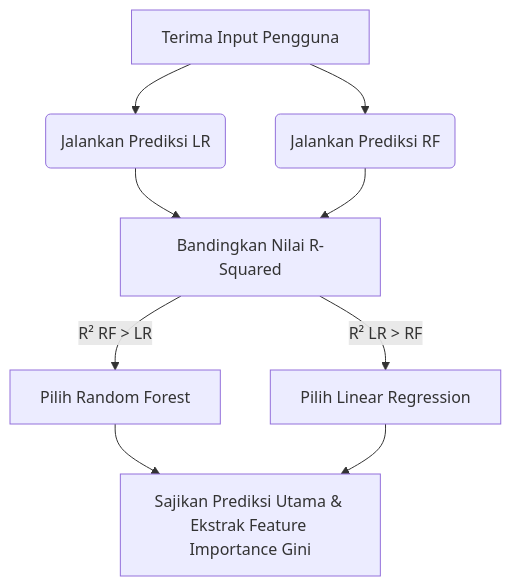
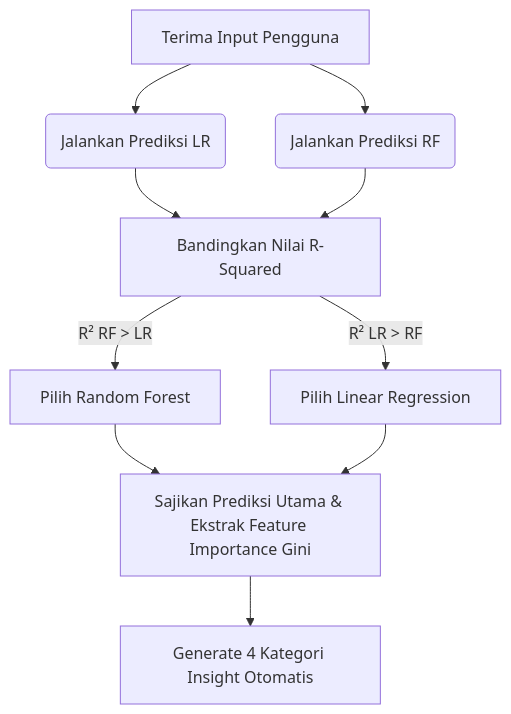
Before and after one commit to roderikusro/PredictIQ: the third of 4 diagrams in docs/05_technical_statistics_ml.md, drawn with Mermaid. The commit also changed other lines of this file and 1 other file, not shown here.

````diff
--- a/docs/05_technical_statistics_ml.md
+++ b/docs/05_technical_statistics_ml.md
@@ -178,14 +245,16 @@
 ```mermaid
 graph TD
     A[Terima Input Pengguna] --> B(Jalankan Prediksi LR)
     A --> C(Jalankan Prediksi RF)
     
     B --> D[Bandingkan Nilai R-Squared]
     C --> D
     
     D -->|R² RF > LR| E[Pilih Random Forest]
     D -->|R² LR > RF| F[Pilih Linear Regression]
     
     E --> G[Sajikan Prediksi Utama & Ekstrak Feature Importance Gini]
     F --> G
+    
+    G --> H[Generate 4 Kategori Insight Otomatis]
 ```
````
